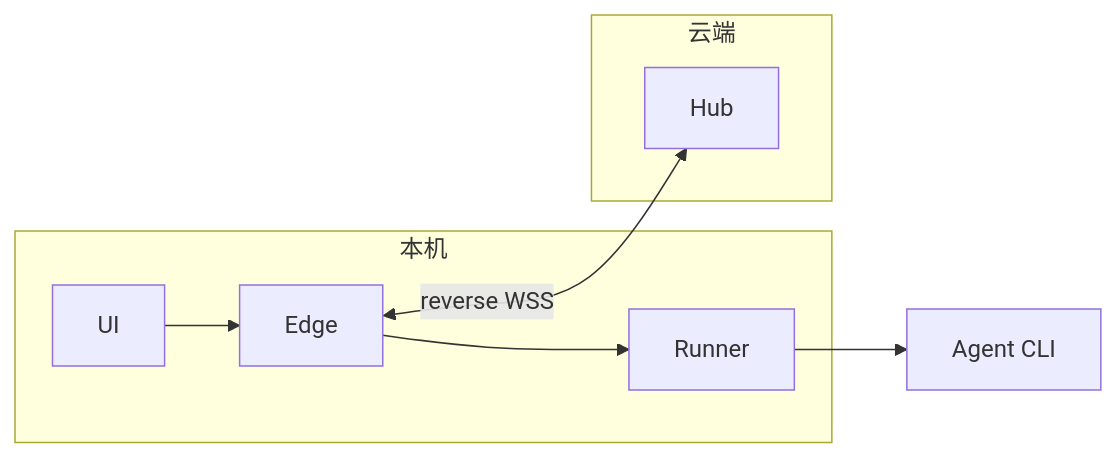
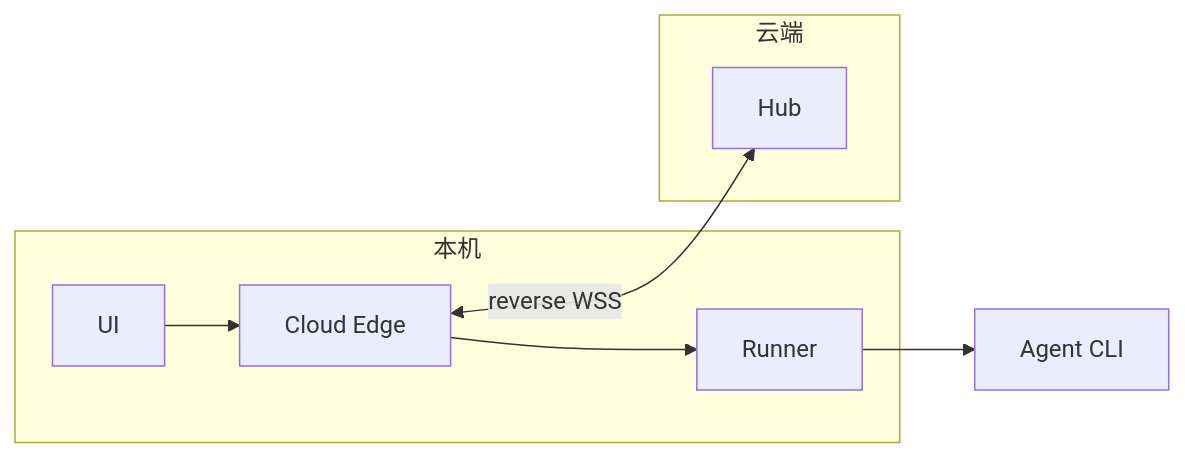
One commit to TokenDanceLab/AgentHub changed the sixth of 10 diagrams in docs/architecture.md. Above: the diagram before and after it, drawn with Mermaid. The commit also changed other lines of this file and 36 other files, not shown here.

````diff
--- a/docs/architecture.md
+++ b/docs/architecture.md
@@ -127,19 +126,19 @@
 ```mermaid
 graph LR
     subgraph Local["本机"]
         UI["UI"]
-        Edge["Edge"]
+        Edge["Cloud Edge"]
         Runner["Runner"]
     end
 
     subgraph Cloud["云端"]
         Hub["Hub"]
     end
 
     Agent["Agent CLI"]
 
     UI --> Edge
     Edge --> Runner
     Runner --> Agent
     Edge <-->|"reverse WSS"| Hub
 ```
````
